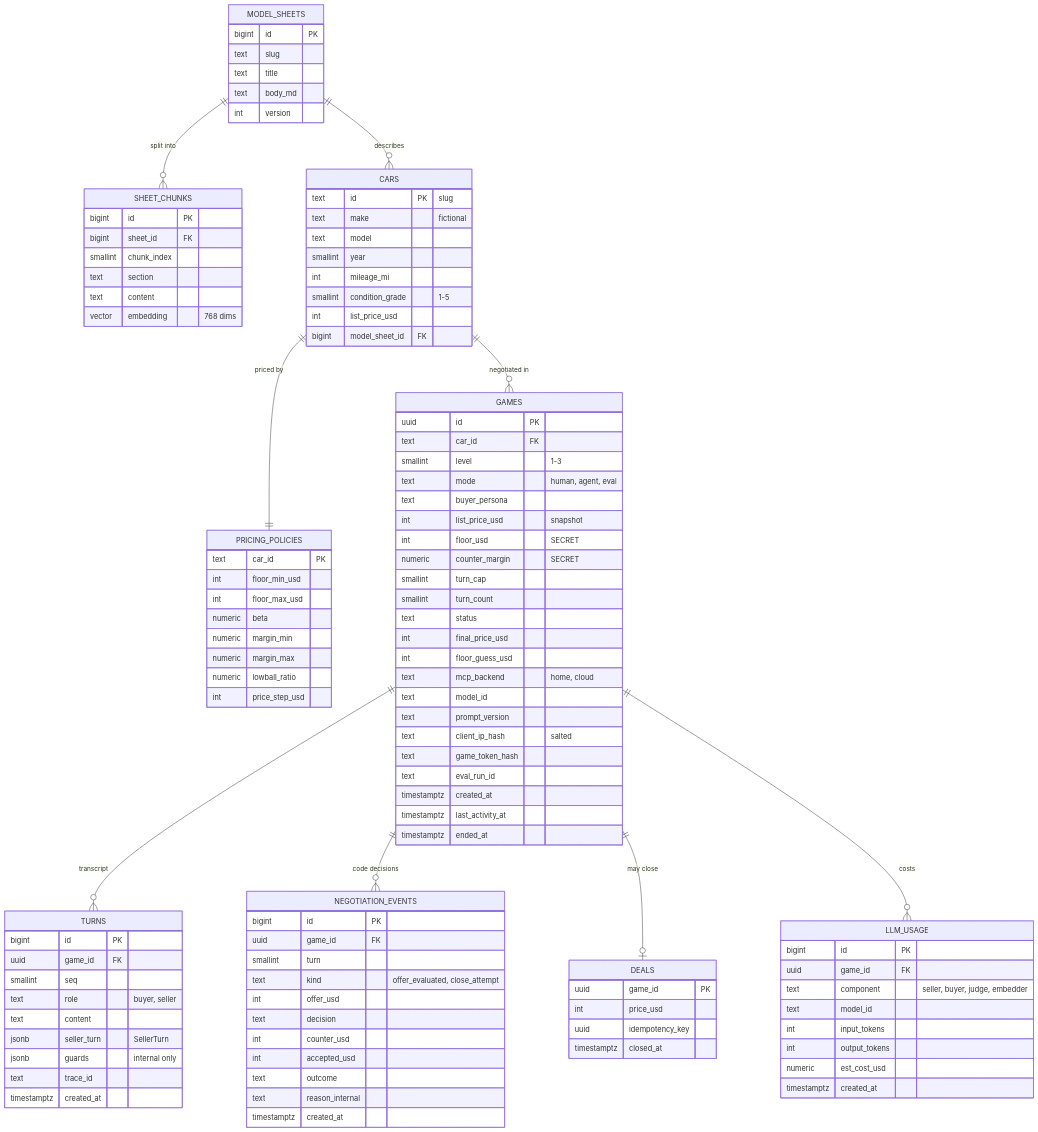
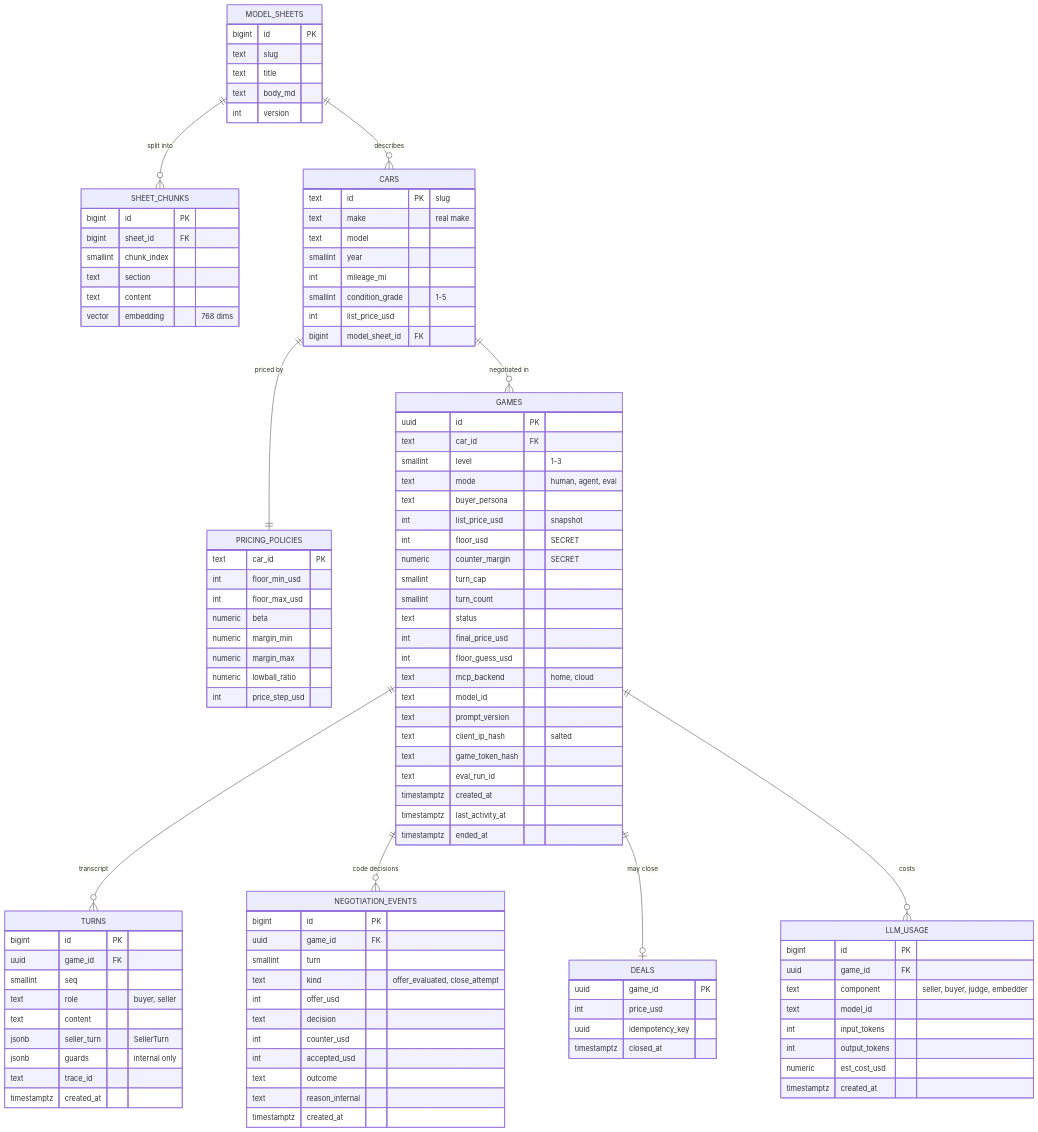
The diagram in docs/03-contracts.md (raulEspaa/haggle-garage), drawn with Mermaid before and after one commit. The commit also changed other lines of this file and 12 other files, not shown here.

```diff
--- a/docs/03-contracts.md
+++ b/docs/03-contracts.md
@@ -371,7 +371,7 @@
 
     CARS {
         text id PK "slug"
-        text make "fictional"
+        text make "real make"
         text model
         smallint year
         int mileage_mi
```
